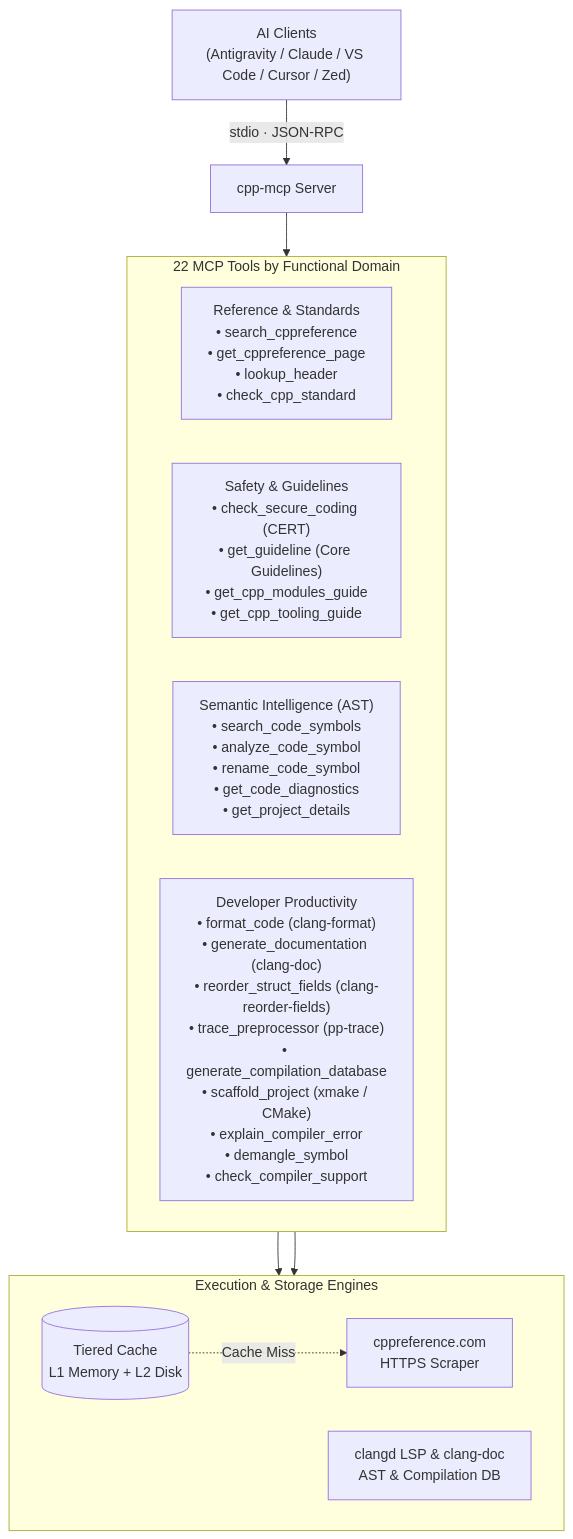
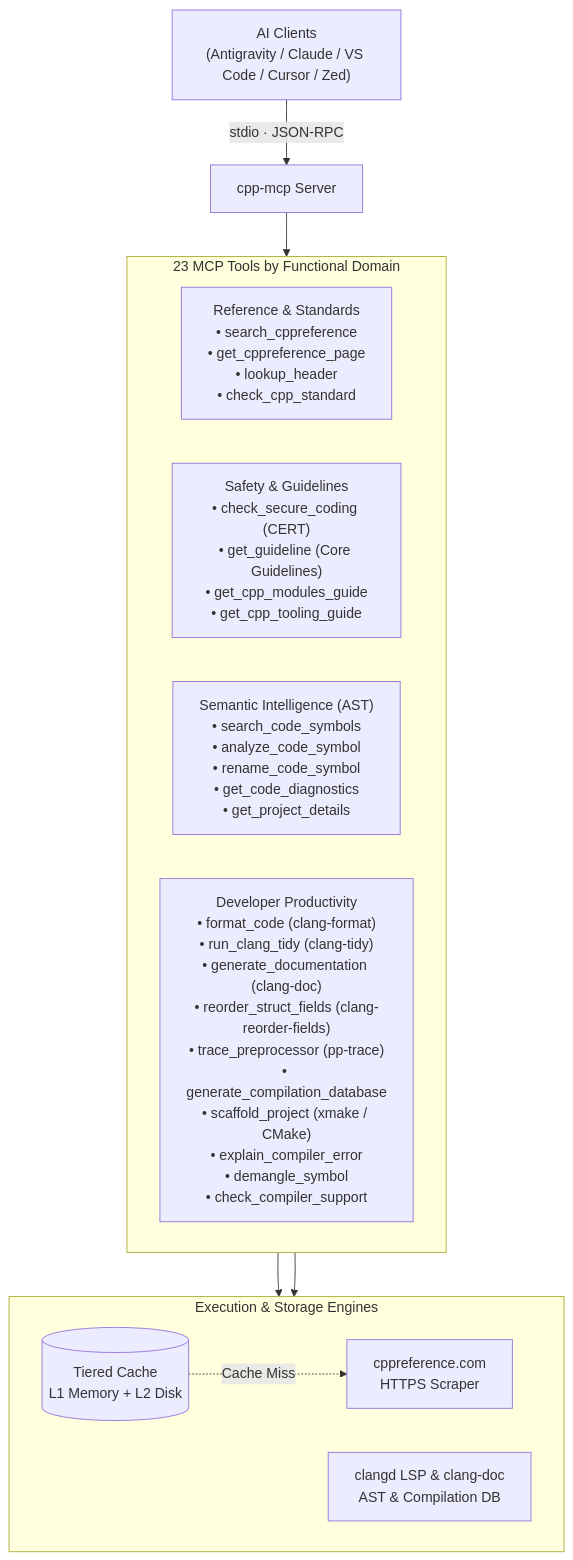
Before and after one commit to CHOCEK-RB/cpp-mcp: the diagram in README.md, drawn with Mermaid. The commit also changed other lines of this file and 5 other files, not shown here.

First line of the commit message:
feat: add run_clang_tidy tool and CLI command

````diff
--- a/README.md
+++ b/README.md
@@ -17,24 +17,24 @@
 ```mermaid
 flowchart TB
     Client["AI Clients\n(Antigravity / Claude / VS Code / Cursor / Zed)"] -->|stdio · JSON-RPC| Server["cpp-mcp Server"]
 
-    subgraph Tools ["22 MCP Tools by Functional Domain"]
+    subgraph Tools ["23 MCP Tools by Functional Domain"]
         direction LR
         D1["Reference & Standards\n• search_cppreference\n• get_cppreference_page\n• lookup_header\n• check_cpp_standard"]
         D2["Safety & Guidelines\n• check_secure_coding (CERT)\n• get_guideline (Core Guidelines)\n• get_cpp_modules_guide\n• get_cpp_tooling_guide"]
         D3["Semantic Intelligence (AST)\n• search_code_symbols\n• analyze_code_symbol\n• rename_code_symbol\n• get_code_diagnostics\n• get_project_details"]
-        D4["Developer Productivity\n• format_code (clang-format)\n• generate_documentation (clang-doc)\n• reorder_struct_fields (clang-reorder-fields)\n• trace_preprocessor (pp-trace)\n• generate_compilation_database\n• scaffold_project (xmake / CMake)\n• explain_compiler_error\n• demangle_symbol\n• check_compiler_support"]
+        D4["Developer Productivity\n• format_code (clang-format)\n• run_clang_tidy (clang-tidy)\n• generate_documentation (clang-doc)\n• reorder_struct_fields (clang-reorder-fields)\n• trace_preprocessor (pp-trace)\n• generate_compilation_database\n• scaffold_project (xmake / CMake)\n• explain_compiler_error\n• demangle_symbol\n• check_compiler_support"]
     end
 
     subgraph Backends ["Execution & Storage Engines"]
         direction LR
         Cache[("Tiered Cache\nL1 Memory + L2 Disk")]
         LSP["clangd LSP & clang-doc\nAST & Compilation DB"]
         Web["cppreference.com\nHTTPS Scraper"]
     end
 
     Server --> Tools
     D1 --> Cache
     D3 --> LSP
     Cache -.->|Cache Miss| Web
 ```
````
